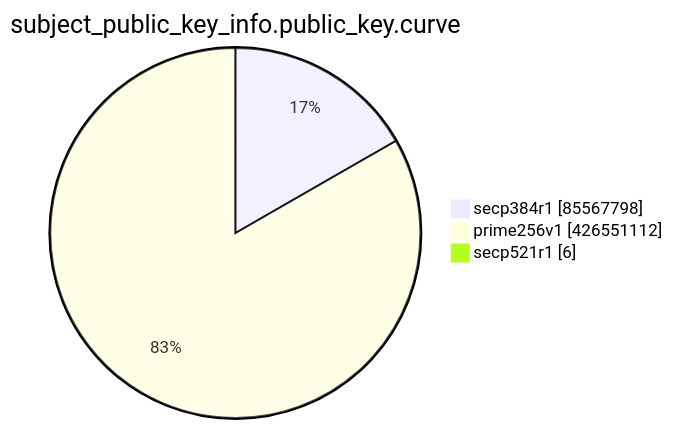
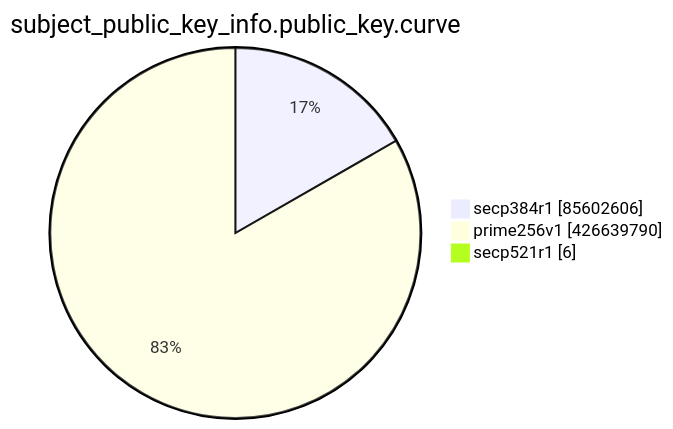
One commit to christiankrug/ctmonitor_visualization changed the eighth of 15 diagrams in TOTAL/README.md. Above: the diagram before and after it, drawn with Mermaid. The commit also changed other lines of this file, not shown here.

````diff
--- a/TOTAL/README.md
+++ b/TOTAL/README.md
@@ -3100,7 +3100,7 @@
 ```mermaid
 pie showData
 title subject_public_key_info.public_key.curve
-"secp384r1" :85567798
-"prime256v1" :426551112
+"secp384r1" :85602606
+"prime256v1" :426639790
 "secp521r1" :6
 ```
````
